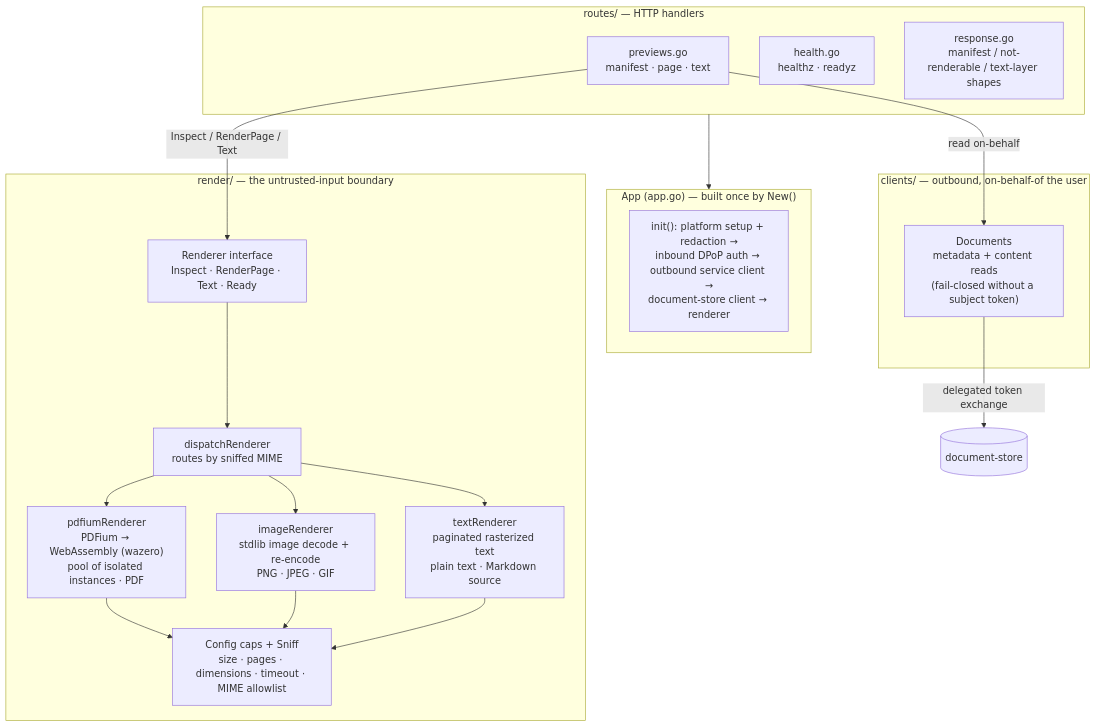
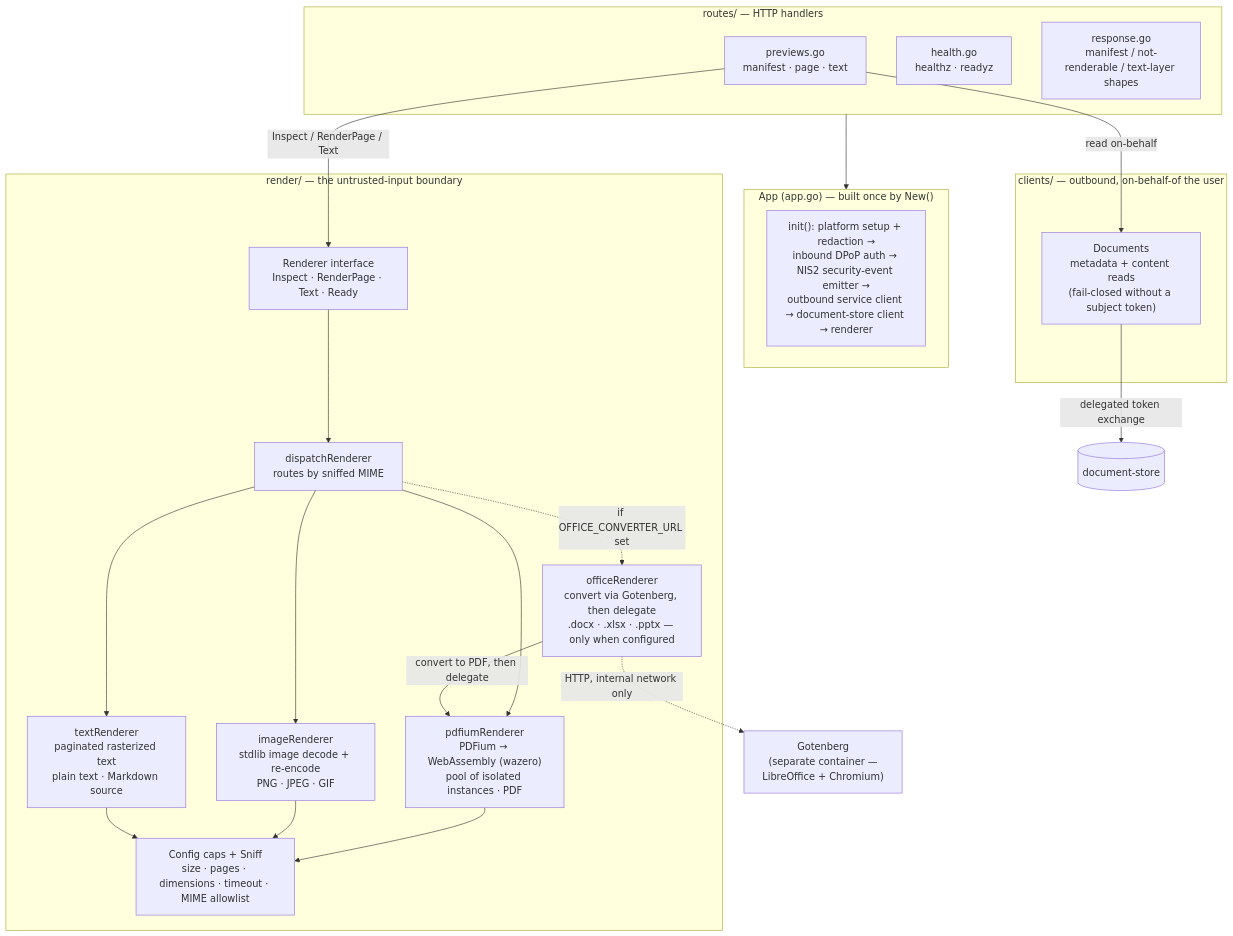
The second of 3 diagrams in README.md (go-make-bytes/previewbyte), drawn with Mermaid before and after one commit. The commit also changed other lines of this file and 16 other files, not shown here.

First line of the commit message:
feat: add Office document rendering support via Gotenberg

````diff
--- a/README.md
+++ b/README.md
@@ -59,37 +59,41 @@
 ```mermaid
 flowchart TB
     subgraph App["App (app.go) — built once by New()"]
-        Init["init(): platform setup + redaction →<br/>inbound DPoP auth → outbound service client →<br/>document-store client → renderer"]
+        Init["init(): platform setup + redaction →<br/>inbound DPoP auth → NIS2 security-event emitter →<br/>outbound service client → document-store client → renderer"]
     end
 
     subgraph Routes["routes/ — HTTP handlers"]
         PM["previews.go<br/>manifest · page · text"]
         HP["health.go<br/>healthz · readyz"]
         RS["response.go<br/>manifest / not-renderable / text-layer shapes"]
     end
 
     subgraph Clients["clients/ — outbound, on-behalf-of the user"]
         DOC["Documents<br/>metadata + content reads<br/>(fail-closed without a subject token)"]
     end
 
     subgraph Render["render/ — the untrusted-input boundary"]
         R["Renderer interface<br/>Inspect · RenderPage · Text · Ready"]
         D["dispatchRenderer<br/>routes by sniffed MIME"]
         PDF["pdfiumRenderer<br/>PDFium → WebAssembly (wazero)<br/>pool of isolated instances · PDF"]
         IMG["imageRenderer<br/>stdlib image decode + re-encode<br/>PNG · JPEG · GIF"]
         TXT["textRenderer<br/>paginated rasterized text<br/>plain text · Markdown source"]
+        OFF["officeRenderer<br/>convert via Gotenberg, then delegate<br/>.docx · .xlsx · .pptx — only when configured"]
         CAPS["Config caps + Sniff<br/>size · pages · dimensions · timeout · MIME allowlist"]
     end
 
     Routes --> App
     PM -- "read on-behalf" --> DOC
     PM -- "Inspect / RenderPage / Text" --> R
     R --> D
     D --> PDF
     D --> IMG
     D --> TXT
+    D -.->|"if OFFICE_CONVERTER_URL set"| OFF
+    OFF -- "convert to PDF, then delegate" --> PDF
+    OFF -.->|"HTTP, internal network only"| GB["Gotenberg<br/>(separate container —<br/>LibreOffice + Chromium)"]
     PDF --> CAPS
     IMG --> CAPS
     TXT --> CAPS
     DOC -- "delegated token exchange" --> DS[("document-store")]
 ```
````
